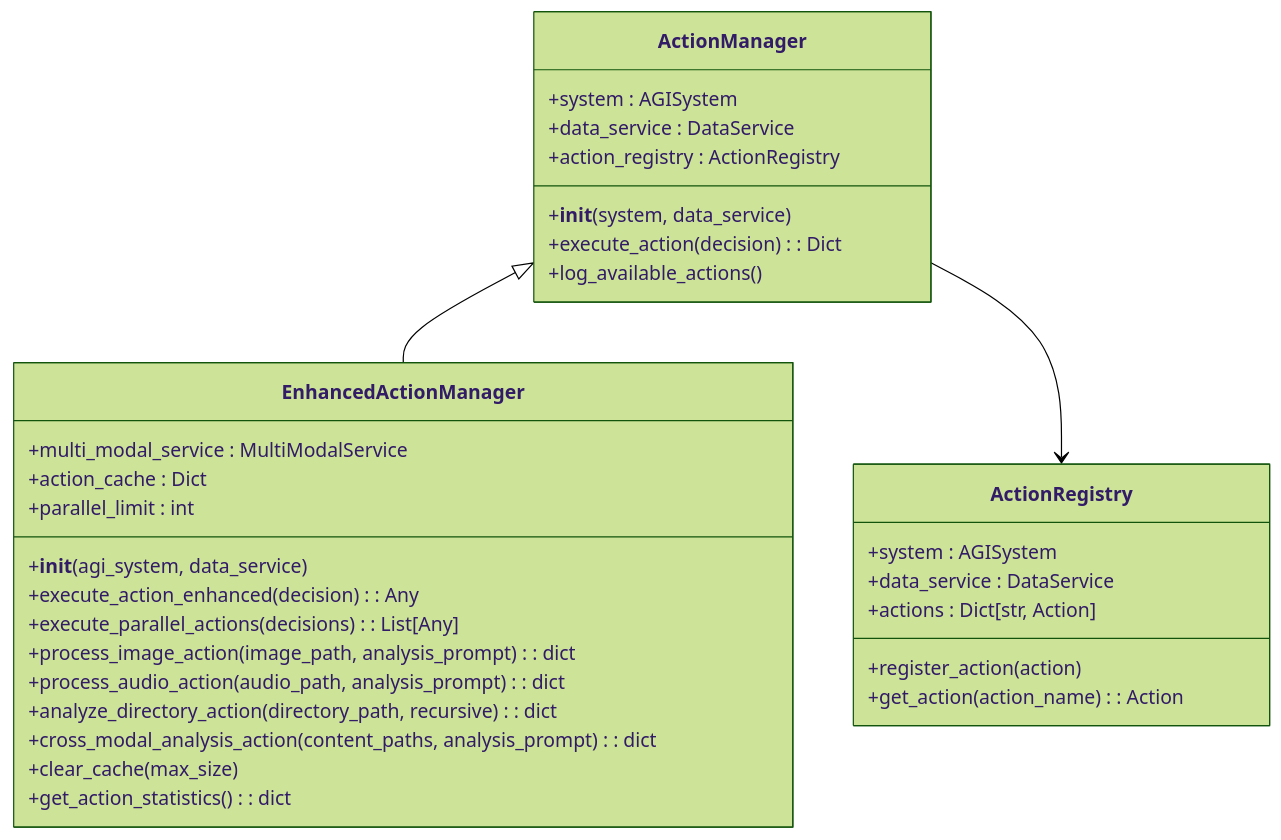
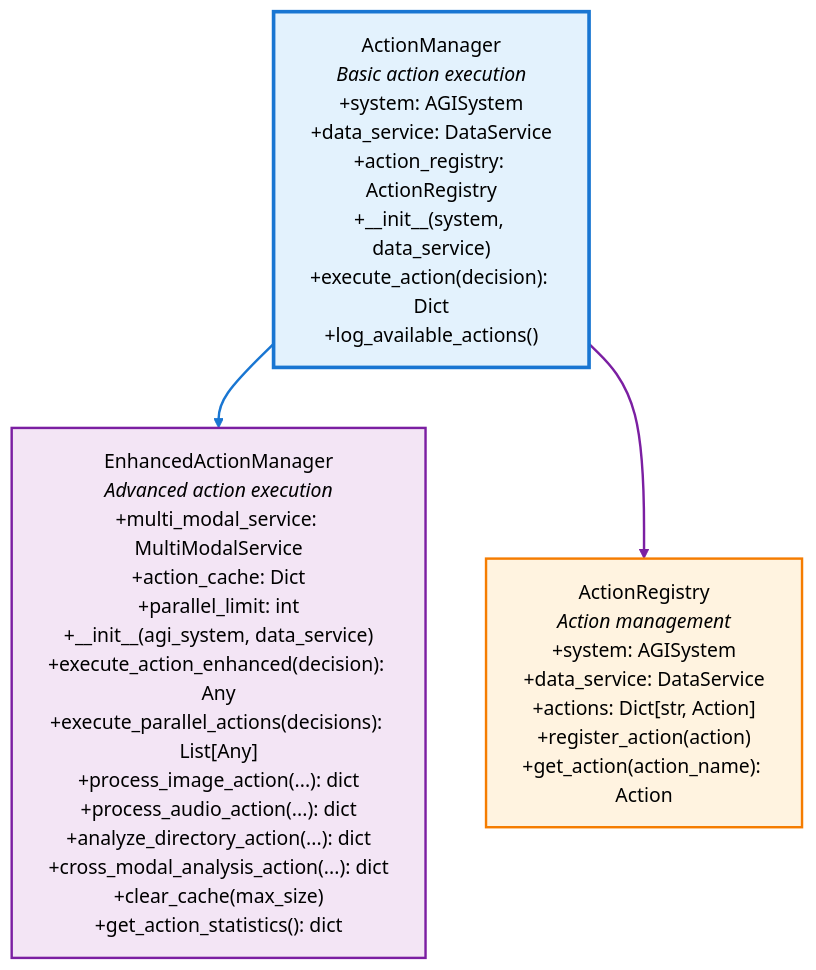
One commit to Likhithsai2580/RAVANA-WIKI changed the fifth of 10 diagrams in docs/Architecture & Design/Data Flow and Lifecycle.md. Above: the diagram before and after it, drawn with Mermaid (forest theme). The commit also changed 15 other files, not shown here.

Commit message:
fix mermaid diagrams

````diff
--- a/docs/Architecture & Design/Data Flow and Lifecycle.md
+++ b/docs/Architecture & Design/Data Flow and Lifecycle.md
@@ -214,34 +214,20 @@
 ```mermaid
-classDiagram
-class ActionManager {
-+system : AGISystem
-+data_service : DataService
-+action_registry : ActionRegistry
-+__init__(system, data_service)
-+execute_action(decision) : Dict
-+log_available_actions()
-}
-class EnhancedActionManager {
-+multi_modal_service : MultiModalService
-+action_cache : Dict
-+parallel_limit : int
-+__init__(agi_system, data_service)
-+execute_action_enhanced(decision) : Any
-+execute_parallel_actions(decisions) : List[Any]
-+process_image_action(image_path, analysis_prompt) : dict
-+process_audio_action(audio_path, analysis_prompt) : dict
-+analyze_directory_action(directory_path, recursive) : dict
-+cross_modal_analysis_action(content_paths, analysis_prompt) : dict
-+clear_cache(max_size)
-+get_action_statistics() : dict
-}
-class ActionRegistry {
-+system : AGISystem
-+data_service : DataService
-+actions : Dict[str, Action]
-+register_action(action)
-+get_action(action_name) : Action
-}
-ActionManager <|-- EnhancedActionManager
-ActionManager --> ActionRegistry
+flowchart TD
+    ActionManager["ActionManager<br/><i>Basic action execution</i><br/>+system: AGISystem<br/>+data_service: DataService<br/>+action_registry: ActionRegistry<br/>+__init__(system, data_service)<br/>+execute_action(decision): Dict<br/>+log_available_actions()"]
+    
+    EnhancedActionManager["EnhancedActionManager<br/><i>Advanced action execution</i><br/>+multi_modal_service: MultiModalService<br/>+action_cache: Dict<br/>+parallel_limit: int<br/>+__init__(agi_system, data_service)<br/>+execute_action_enhanced(decision): Any<br/>+execute_parallel_actions(decisions): List[Any]<br/>+process_image_action(...): dict<br/>+process_audio_action(...): dict<br/>+analyze_directory_action(...): dict<br/>+cross_modal_analysis_action(...): dict<br/>+clear_cache(max_size)<br/>+get_action_statistics(): dict"]
+    
+    ActionRegistry["ActionRegistry<br/><i>Action management</i><br/>+system: AGISystem<br/>+data_service: DataService<br/>+actions: Dict[str, Action]<br/>+register_action(action)<br/>+get_action(action_name): Action"]
+    
+    ActionManager --> EnhancedActionManager
+    ActionManager --> ActionRegistry
+    
+    %% Styling
+    style ActionManager fill:#e3f2fd,stroke:#1976d2,stroke-width:3px,color:#000
+    style EnhancedActionManager fill:#f3e5f5,stroke:#7b1fa2,stroke-width:2px,color:#000
+    style ActionRegistry fill:#fff3e0,stroke:#f57c00,stroke-width:2px,color:#000
+    
+    %% Link styling
+    linkStyle 0 stroke:#1976d2,stroke-width:2px
+    linkStyle 1 stroke:#7b1fa2,stroke-width:2px
 ```
````
